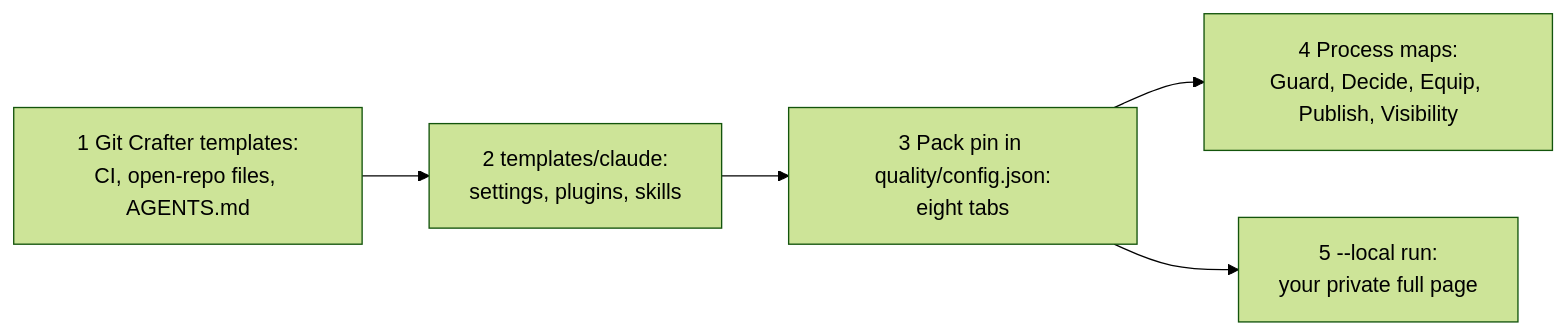
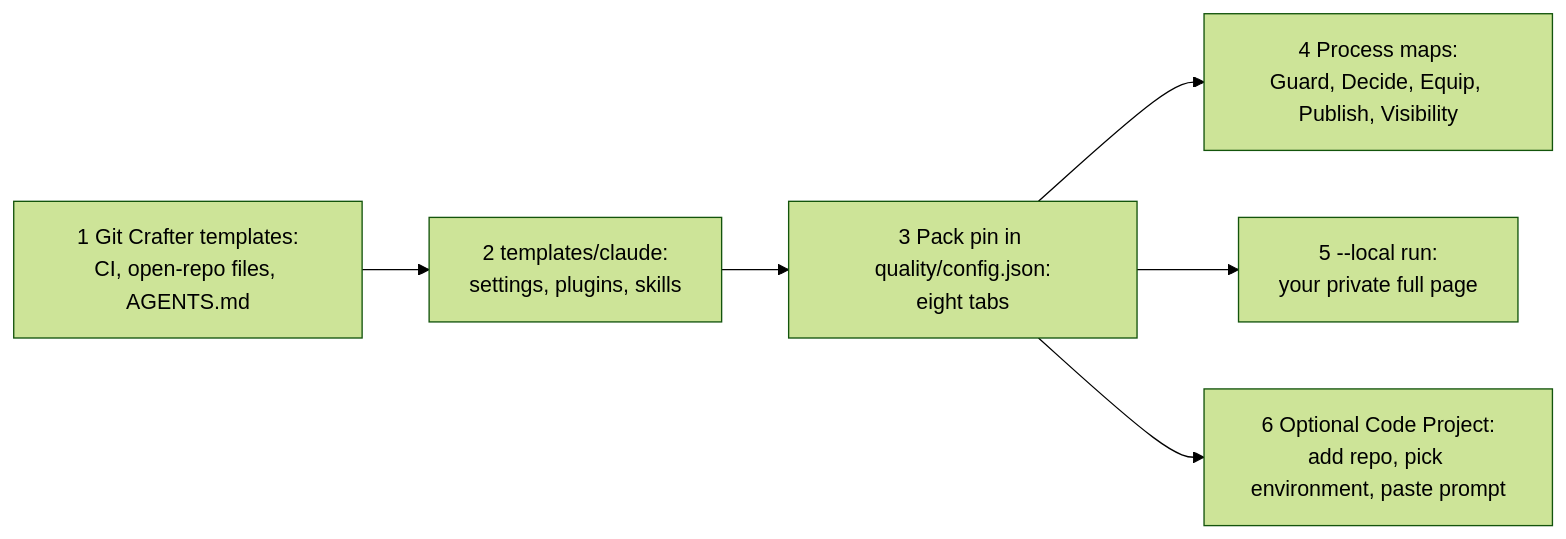
The first of 2 diagrams in README.md (Colorado-Startups/claudius), drawn with Mermaid (forest theme) before and after one commit. The commit also changed other lines of this file and 7 other files, not shown here.

First line of the commit message:
Code Project template and quick start

````diff
--- a/README.md
+++ b/README.md
@@ -25,7 +25,8 @@
 ```mermaid
 flowchart LR
   GC[1 Git Crafter templates:<br/>CI, open-repo files, AGENTS.md] --> T[2 templates/claude:<br/>settings, plugins, skills]
   T --> P[3 Pack pin in quality/config.json:<br/>eight tabs]
   P --> M[4 Process maps:<br/>Guard, Decide, Equip, Publish, Visibility]
   P --> L[5 --local run:<br/>your private full page]
+  P --> CP[6 Optional Code Project:<br/>add repo, pick environment, paste prompt]
 ```
````
